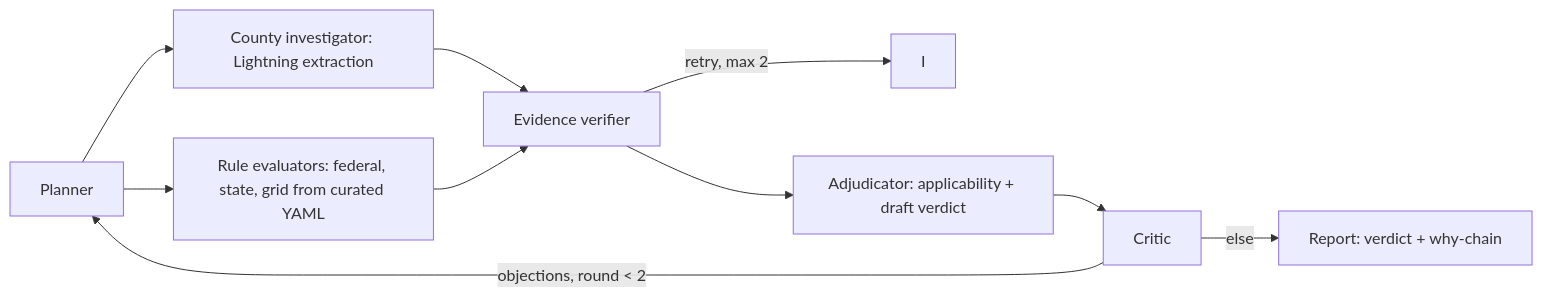
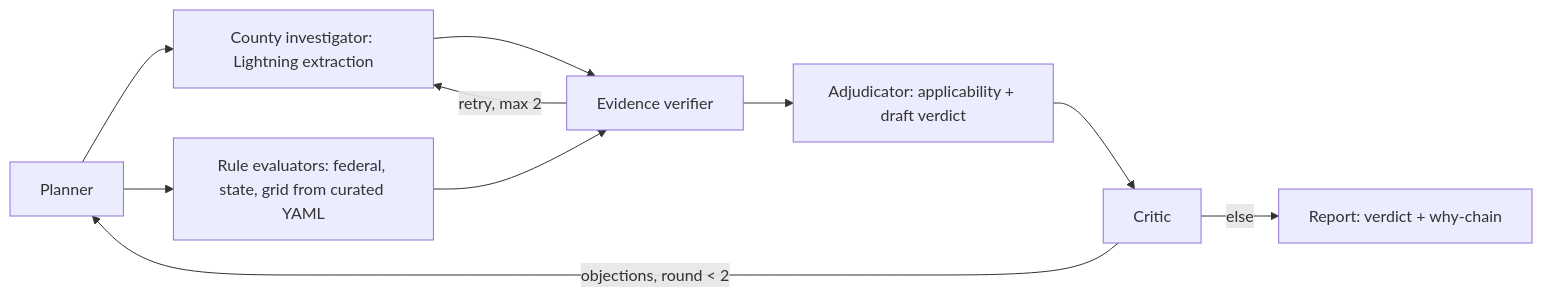
The diagram in README.md (wjgoarxiv/sitewhy), drawn with Mermaid before and after one commit.

Commit message:
docs: README diagram edge and counts

````diff
--- a/README.md
+++ b/README.md
@@ -28,12 +28,12 @@
 ```mermaid
 flowchart LR
     P[Planner] --> CI[County investigator: Lightning extraction]
     P --> RE[Rule evaluators: federal, state, grid from curated YAML]
     CI --> V[Evidence verifier]
     RE --> V
-    V -->|retry, max 2| I
+    V -->|retry, max 2| CI
     V --> A[Adjudicator: applicability + draft verdict]
     A --> C[Critic]
     C -->|objections, round < 2| P
     C -->|else| R[Report: verdict + why-chain]
 ```
````
